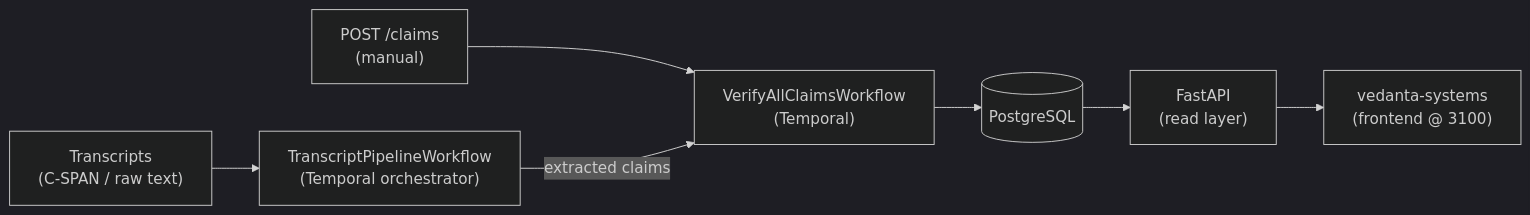
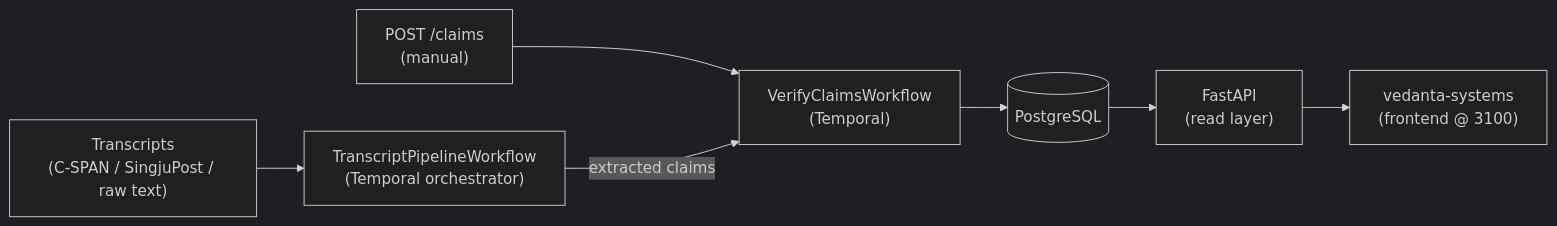
One commit to vedantadhobley/spin-cycle changed the first of 8 diagrams in ARCHITECTURE.md. Above: the diagram before and after it, drawn with Mermaid (dark theme). The commit also changed other lines of this file and 10 other files, not shown here.

````diff
--- a/ARCHITECTURE.md
+++ b/ARCHITECTURE.md
@@ -7,9 +7,9 @@
 ```mermaid
 flowchart LR
-    T["Transcripts\n(C-SPAN / raw text)"] --> TW["TranscriptPipelineWorkflow\n(Temporal orchestrator)"]
+    T["Transcripts\n(C-SPAN / SingjuPost / raw text)"] --> TW["TranscriptPipelineWorkflow\n(Temporal orchestrator)"]
     API["POST /claims\n(manual)"] --> VW
-    TW --> |"extracted claims"| VW["VerifyAllClaimsWorkflow\n(Temporal)"]
+    TW --> |"extracted claims"| VW["VerifyClaimsWorkflow\n(Temporal)"]
     VW --> DB[(PostgreSQL)]
     DB --> FastAPI["FastAPI\n(read layer)"]
     FastAPI --> FE["vedanta-systems\n(frontend @ 3100)"]
 ```
````
